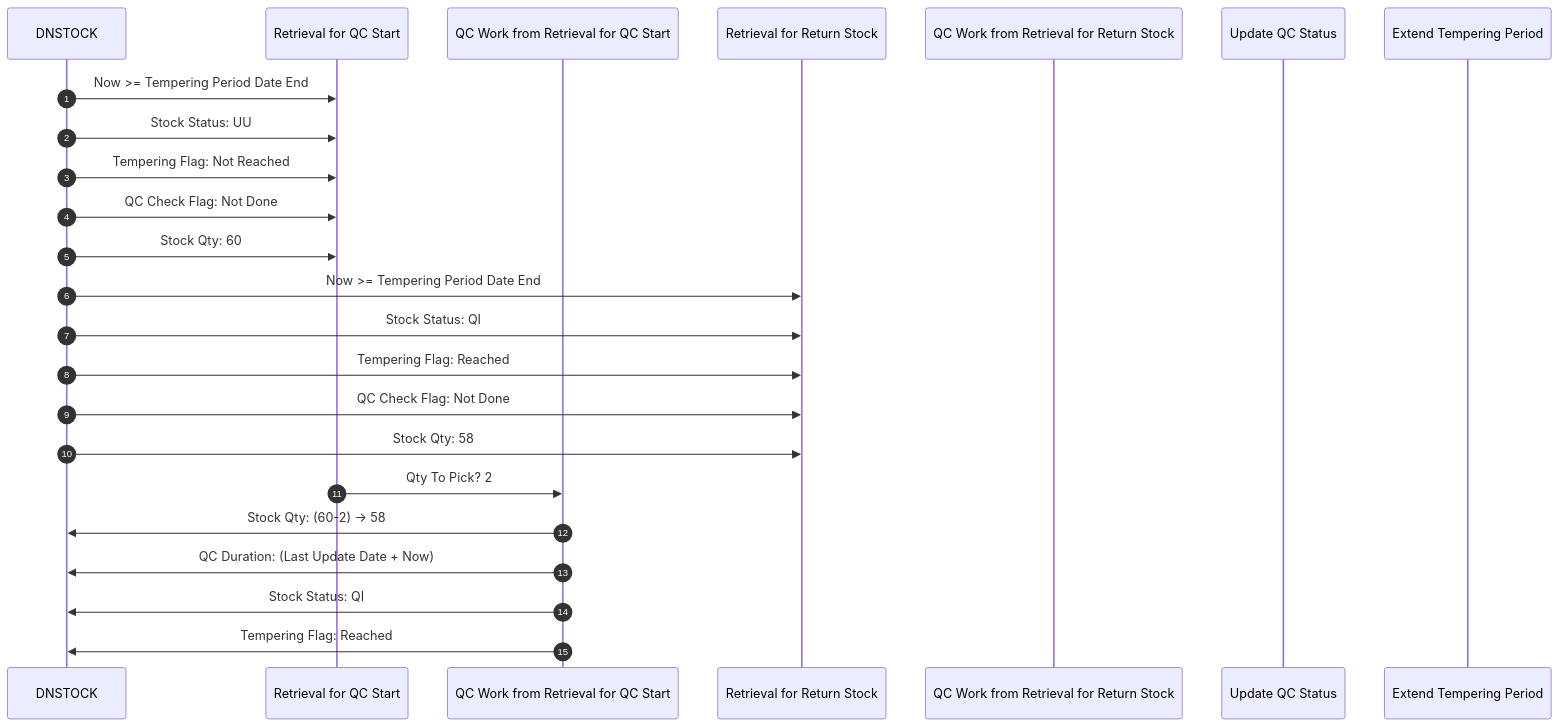
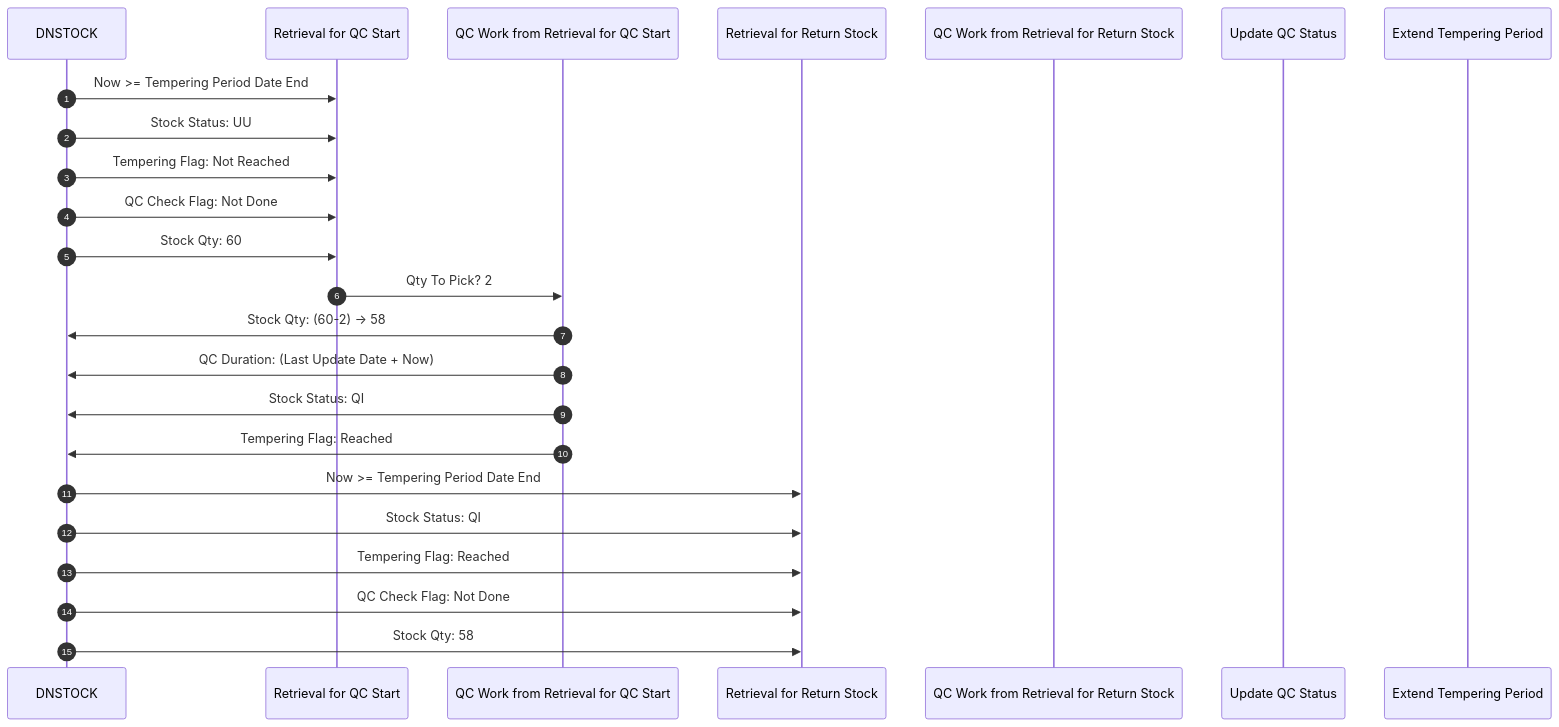
One commit to luthfiadityaa/SimeDarby-Wiki changed the diagram in Basic-Design/DFD-WMS/Retrieval/QC-Setting.md. Above: the diagram before and after it, drawn with Mermaid.

Commit message:
Updated QC Setting

```diff
--- a/Basic-Design/DFD-WMS/Retrieval/QC-Setting.md
+++ b/Basic-Design/DFD-WMS/Retrieval/QC-Setting.md
@@ -11,34 +11,35 @@
 ::: mermaid
 sequenceDiagram
     autonumber
 
     participant DNSTOCK
     participant Retrieval for QC Start
     participant QC Work from Retrieval for QC Start
     participant Retrieval for Return Stock
     participant QC Work from Retrieval for Return Stock
     participant Update QC Status
     participant Extend Tempering Period
 
     %% --- 1. DNSTOCK ---
     DNSTOCK ->> Retrieval for QC Start: Now >= Tempering Period Date End
     DNSTOCK ->> Retrieval for QC Start: Stock Status: UU  
     DNSTOCK ->> Retrieval for QC Start: Tempering Flag: Not Reached 
     DNSTOCK ->> Retrieval for QC Start: QC Check Flag: Not Done
     DNSTOCK ->> Retrieval for QC Start: Stock Qty: 60
 
-    DNSTOCK ->> Retrieval for Return Stock: Now >= Tempering Period Date End
-    DNSTOCK ->> Retrieval for Return Stock: Stock Status: QI  
-    DNSTOCK ->> Retrieval for Return Stock: Tempering Flag: Reached 
-    DNSTOCK ->> Retrieval for Return Stock: QC Check Flag: Not Done
-    DNSTOCK ->> Retrieval for Return Stock: Stock Qty: 58
-
     %% --- 2. Retrieval for QC Start ---
     Retrieval for QC Start ->> QC Work from Retrieval for QC Start: Qty To Pick?  2
 
     %% --- 3. QC Work from Retrieval for QC Start ---
     QC Work from Retrieval for QC Start ->> DNSTOCK: Stock Qty: (60-2) → 58
     QC Work from Retrieval for QC Start ->> DNSTOCK: QC Duration: (Last Update Date + Now)
     QC Work from Retrieval for QC Start ->> DNSTOCK: Stock Status: QI
     QC Work from Retrieval for QC Start ->> DNSTOCK: Tempering Flag: Reached
+
+    %% --- 4. QC Work from Retrieval for Return Stock ---
+    DNSTOCK ->> Retrieval for Return Stock: Now >= Tempering Period Date End
+    DNSTOCK ->> Retrieval for Return Stock: Stock Status: QI  
+    DNSTOCK ->> Retrieval for Return Stock: Tempering Flag: Reached 
+    DNSTOCK ->> Retrieval for Return Stock: QC Check Flag: Not Done
+    DNSTOCK ->> Retrieval for Return Stock: Stock Qty: 58
 :::
```
